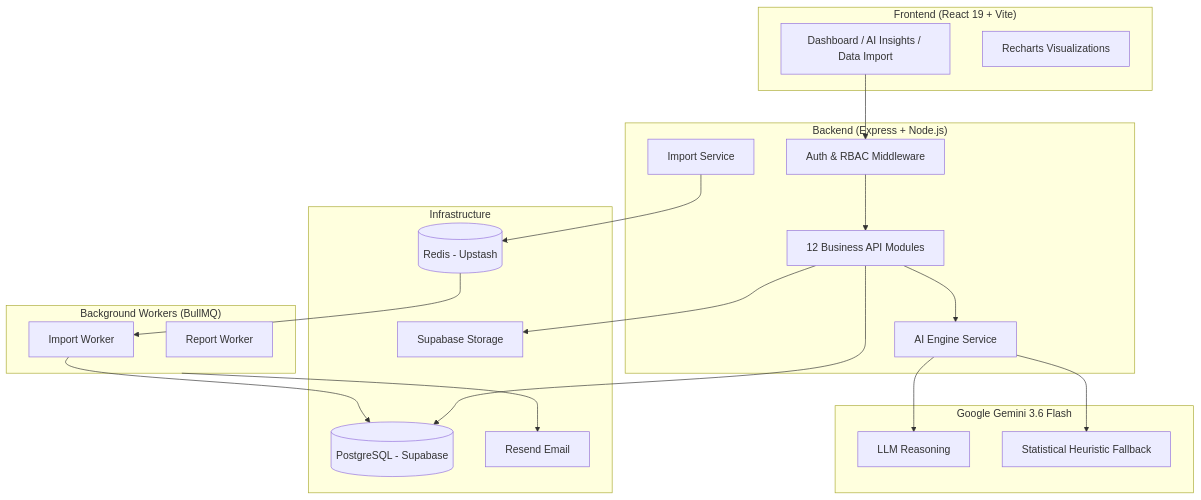
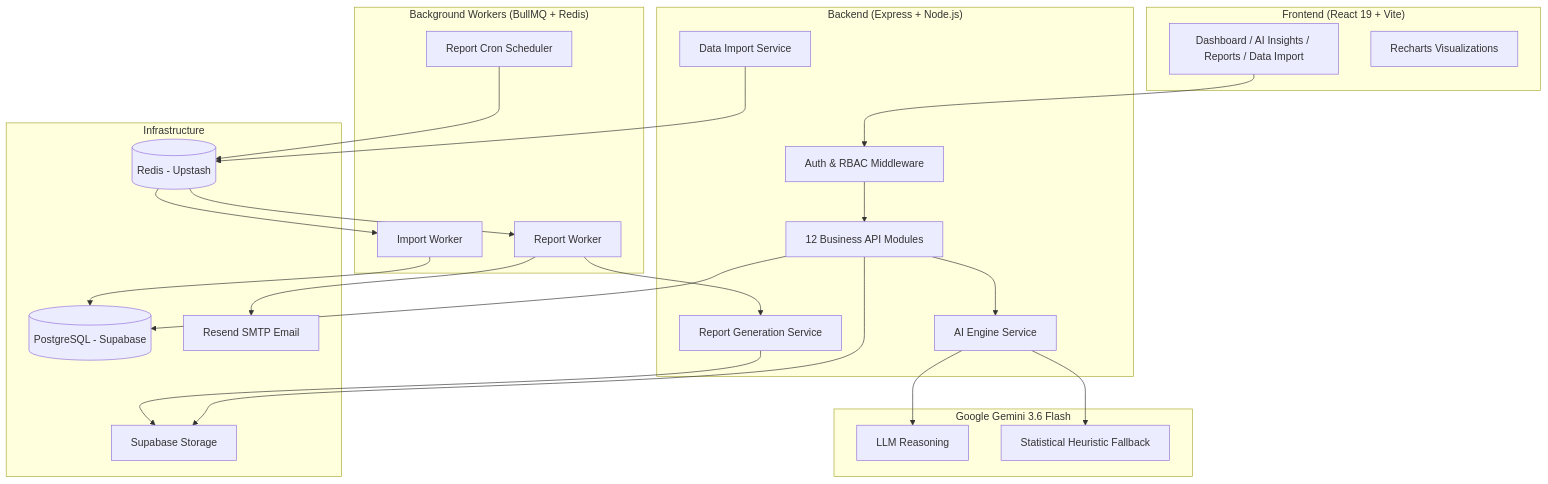
Before and after one commit to souvikx18/DecisionOS: the diagram in README.MD, drawn with Mermaid. The commit also changed other lines of this file and 23 other files, not shown here.

````diff
--- a/README.MD
+++ b/README.MD
@@ -87,40 +99,44 @@
 ```mermaid
 flowchart TD
     subgraph Client["Frontend (React 19 + Vite)"]
-        UI[Dashboard / AI Insights / Data Import]
+        UI[Dashboard / AI Insights / Reports / Data Import]
         Charts[Recharts Visualizations]
     end
 
     subgraph API["Backend (Express + Node.js)"]
         Auth[Auth & RBAC Middleware]
         Modules[12 Business API Modules]
         AIEngine[AI Engine Service]
-        ImportSvc[Import Service]
+        ImportSvc[Data Import Service]
+        ReportSvc[Report Generation Service]
     end
 
-    subgraph Workers["Background Workers (BullMQ)"]
+    subgraph Workers["Background Workers (BullMQ + Redis)"]
         ImportWorker[Import Worker]
         ReportWorker[Report Worker]
+        ReportScheduler[Report Cron Scheduler]
     end
 
     subgraph AI["Google Gemini 3.6 Flash"]
         Gemini[LLM Reasoning]
         Fallback[Statistical Heuristic Fallback]
     end
 
     subgraph Infra["Infrastructure"]
         PG[(PostgreSQL - Supabase)]
         Redis[(Redis - Upstash)]
         Storage[Supabase Storage]
-        Email[Resend Email]
+        Email[Resend SMTP Email]
     end
 
     UI --> Auth --> Modules
     Modules --> PG
     Modules --> AIEngine
     AIEngine --> Gemini
     AIEngine --> Fallback
     ImportSvc --> Redis --> ImportWorker --> PG
+    ReportSvc --> Storage
+    ReportScheduler --> Redis --> ReportWorker --> ReportSvc
+    ReportWorker --> Email
     Modules --> Storage
-    Workers --> Email
 ```
````
